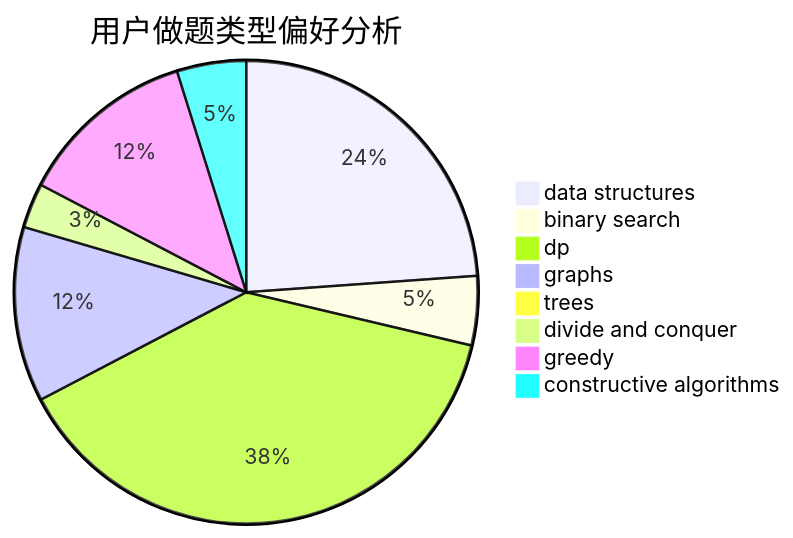
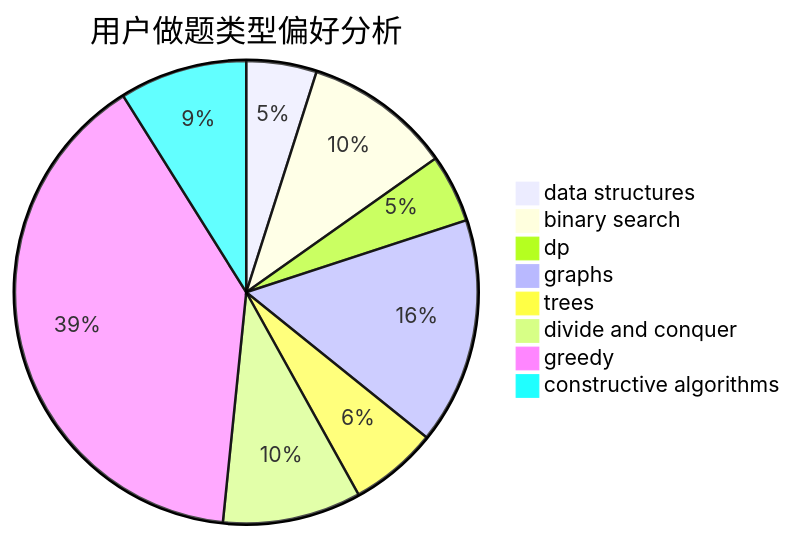
One commit to sherpahu/cfrs.github.io changed the second of 3 diagrams in docs/user/u1904.md. Above: the diagram before and after it, drawn with Mermaid. The commit also changed other lines of this file and 2770 other files, not shown here.

````diff
--- a/docs/user/u1904.md
+++ b/docs/user/u1904.md
@@ -23,11 +23,11 @@
 ```mermaid
 pie title 用户做题类型偏好分析
-    "data structures" :  84
-    "binary search" :  17
-    "dp" :  136
-    "graphs" :  43
-    "trees" :  3
-    "divide and conquer" :  11
-    "greedy" :  44
-    "constructive algorithms" :  17
+    "data structures" :  32
+    "binary search" :  67
+    "dp" :  31
+    "graphs" :  103
+    "trees" :  40
+    "divide and conquer" :  63
+    "greedy" :  257
+    "constructive algorithms" :  58
 ```
````
